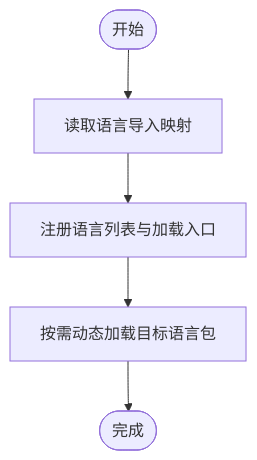
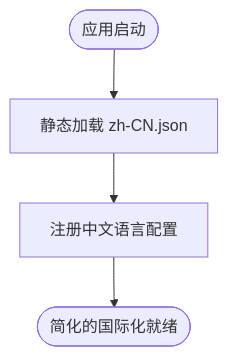
The third of 5 diagrams in .qoder/repowiki/zh/content/前端开发/国际化支持.md (frankMa-1993/mattermost), drawn with Mermaid before and after one commit. The commit also changed other lines of this file and 24 other files, not shown here.

````diff
--- a/.qoder/repowiki/zh/content/前端开发/国际化支持.md
+++ b/.qoder/repowiki/zh/content/前端开发/国际化支持.md
@@ -107,7 +103,6 @@
 ```mermaid
 flowchart TD
-Start(["开始"]) --> LoadMap["读取语言导入映射"]
-LoadMap --> Register["注册语言列表与加载入口"]
-Register --> DynamicLoad["按需动态加载目标语言包"]
-DynamicLoad --> Ready(["完成"])
+Start(["应用启动"]) --> LoadStatic["静态加载 zh-CN.json"]
+LoadStatic --> Register["注册中文语言配置"]
+Register --> Ready(["简化的国际化就绪"])
 ```
````
